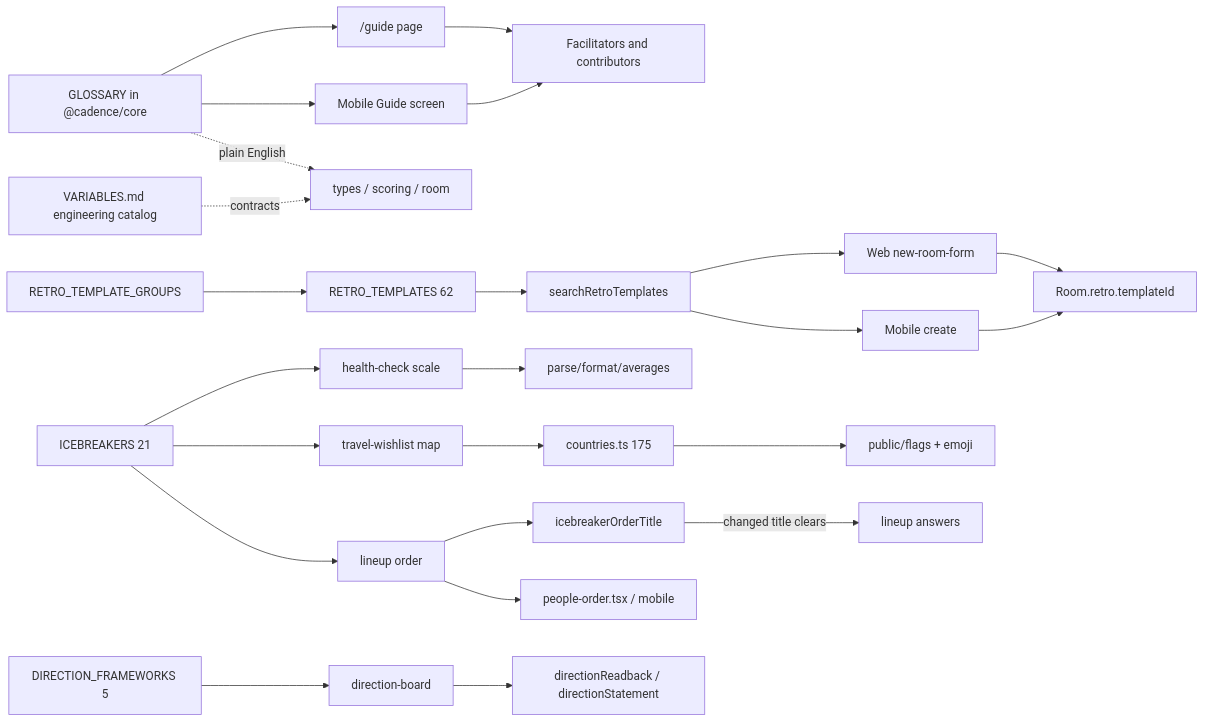
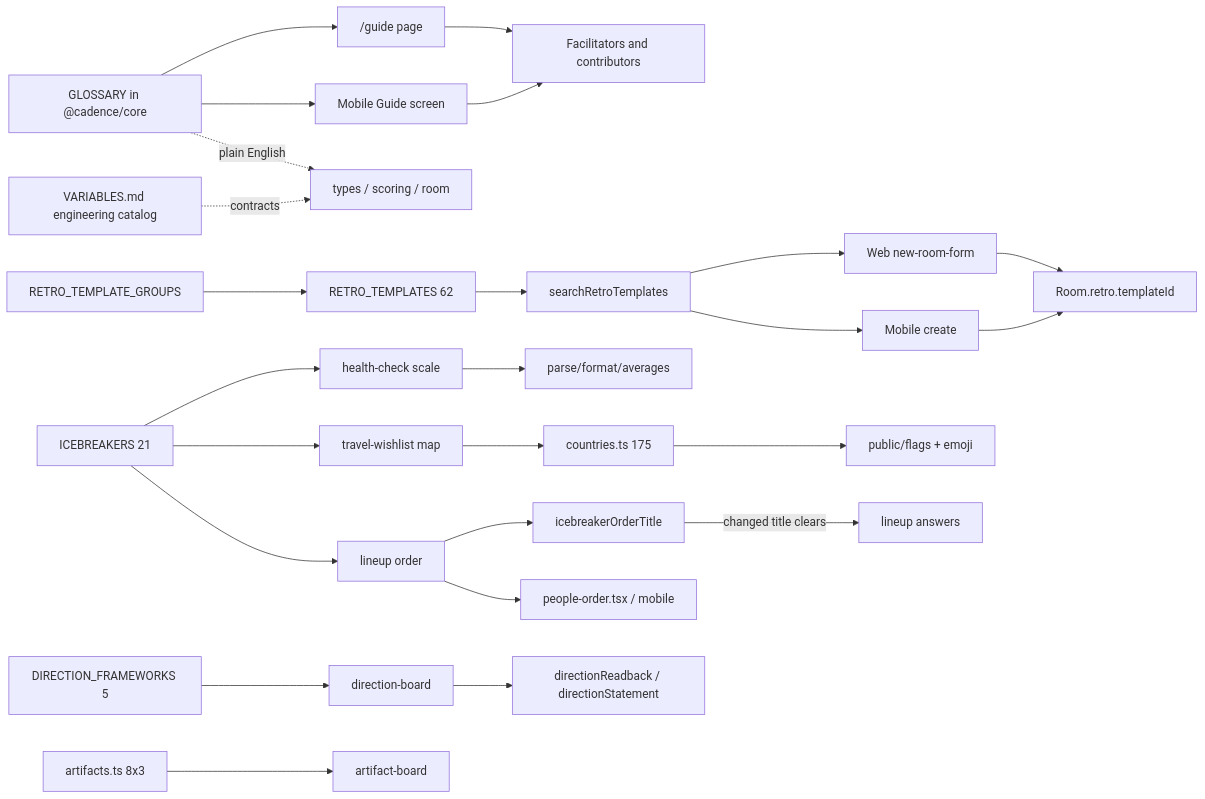
Before and after one commit to RifqiMT/pm-collaboration: the third of 5 diagrams in docs/VARIABLES.md, drawn with Mermaid. The commit also changed other lines of this file and 38 other files, not shown here.

````diff
--- a/docs/VARIABLES.md
+++ b/docs/VARIABLES.md
@@ -438,26 +452,27 @@
 ```mermaid
 flowchart LR
   GLOSSARY[GLOSSARY in @cadence/core] --> WebGuide["/guide page"]
   GLOSSARY --> MobileGuide[Mobile Guide screen]
   WebGuide --> Users[Facilitators and contributors]
   MobileGuide --> Users
   VARIABLES[VARIABLES.md engineering catalog] -.->|contracts| CoreCode[types / scoring / room]
   GLOSSARY -.->|plain English| CoreCode
   Shelves[RETRO_TEMPLATE_GROUPS] --> Templates[RETRO_TEMPLATES 62]
   Templates --> Search[searchRetroTemplates]
   Search --> WebCreate[Web new-room-form]
   Search --> MobileCreate[Mobile create]
   WebCreate --> templateId[Room.retro.templateId]
   MobileCreate --> templateId
   ICEBREAKERS[ICEBREAKERS 21] --> Scale[health-check scale]
   ICEBREAKERS --> MapMode[travel-wishlist map]
   ICEBREAKERS --> OrderMode[lineup order]
   Scale --> HealthFns[parse/format/averages]
   MapMode --> Countries[countries.ts 175]
   Countries --> Flags[public/flags + emoji]
   OrderMode --> OrderTitle[icebreakerOrderTitle]
   OrderTitle -->|changed title clears| LineupAnswers[lineup answers]
   OrderMode --> PeopleOrderUI[people-order.tsx / mobile]
   DirectionFW[DIRECTION_FRAMEWORKS 5] --> DirectionBoard[direction-board]
   DirectionBoard --> Readback[directionReadback / directionStatement]
+  ArtifactsCatalog[artifacts.ts 8x3] --> ArtifactBoard[artifact-board]
 ```
````
